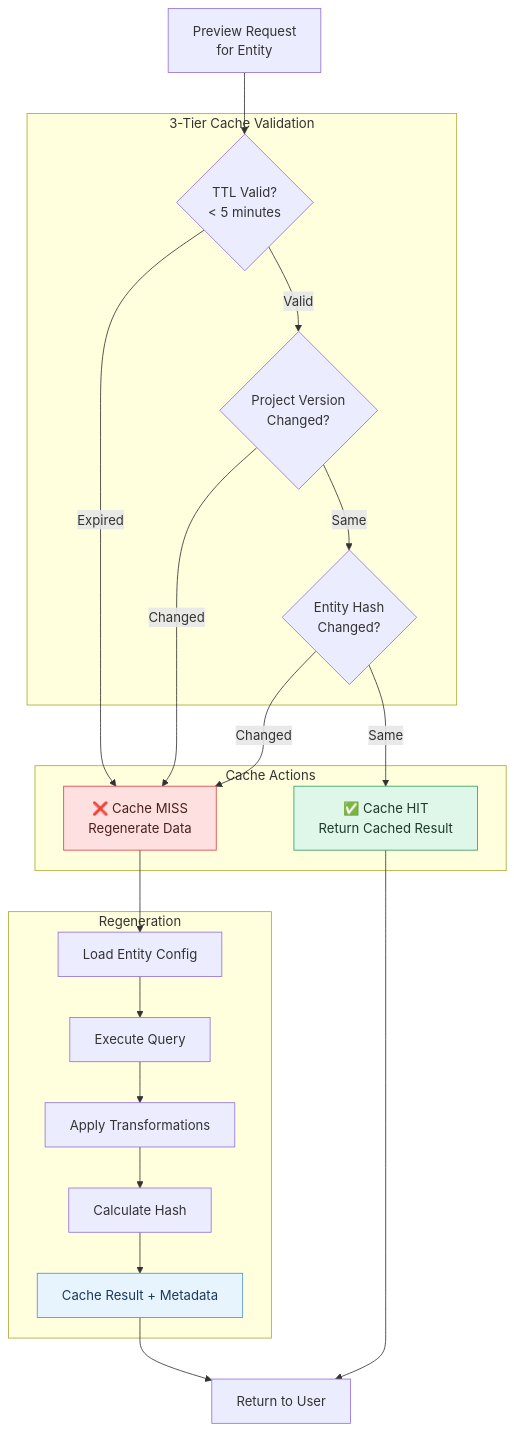
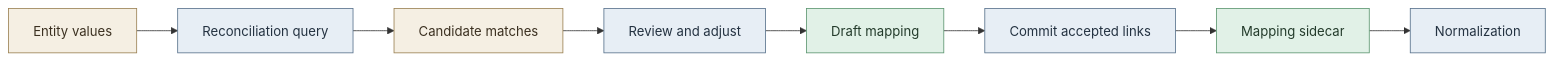
Before and after one commit to humlab-sead/sead_shape_shifter: the fifth of 7 diagrams in docs/DIAGRAMS.md, drawn with Mermaid. The commit also changed other lines of this file and 25 other files, not shown here.

````diff
--- a/docs/DIAGRAMS.md
+++ b/docs/DIAGRAMS.md
@@ -490,51 +95,17 @@
 ```mermaid
-flowchart TB
-    REQ[Preview Request<br/>for Entity]
-    
-    subgraph "3-Tier Cache Validation"
-        T1{TTL Valid?<br/>< 5 minutes}
-        T2{Project Version<br/>Changed?}
-        T3{Entity Hash<br/>Changed?}
-    end
-    
-    subgraph "Cache Actions"
-        HIT[✅ Cache HIT<br/>Return Cached Result]
-        MISS[❌ Cache MISS<br/>Regenerate Data]
-    end
-    
-    subgraph "Regeneration"
-        G1[Load Entity Config]
-        G2[Execute Query]
-        G3[Apply Transformations]
-        G4[Calculate Hash]
-        G5[Cache Result + Metadata]
-    end
-    
-    REQ --> T1
-    
-    T1 -->|Expired| MISS
-    T1 -->|Valid| T2
-    
-    T2 -->|Changed| MISS
-    T2 -->|Same| T3
-    
-    T3 -->|Changed| MISS
-    T3 -->|Same| HIT
-    
-    MISS --> G1
-    G1 --> G2
-    G2 --> G3
-    G3 --> G4
-    G4 --> G5
-    
-    HIT --> RET[Return to User]
-    G5 --> RET
+flowchart LR
+    Values[Entity values] --> Query[Reconciliation query]
+    Query --> Matches[Candidate matches]
+    Matches --> Review[Review and adjust]
+    Review --> Draft[Draft mapping]
+    Draft --> Commit[Commit accepted links]
+    Commit --> Sidecar[Mapping sidecar]
+    Sidecar --> Normalize[Normalization]
 
-    classDef hit fill:#dff7e8,stroke:#2e9f5b,color:#1d3a29;
-    classDef miss fill:#ffe0e0,stroke:#d64545,color:#4a1f1f;
-    classDef cached fill:#e8f4fd,stroke:#4a90d9,color:#1a3a5c;
-
-    class HIT hit;
-    class MISS miss;
-    class G5 cached;
+    classDef data fill:#f5efe3,stroke:#9b8153,color:#3b3020;
+    classDef action fill:#e7eef5,stroke:#58728c,color:#243241;
+    classDef stored fill:#e1f1e7,stroke:#5c9670,color:#233b2b;
+    class Values,Matches data;
+    class Query,Review,Commit,Normalize action;
+    class Draft,Sidecar stored;
 ```
````
